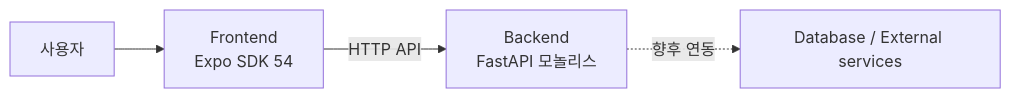
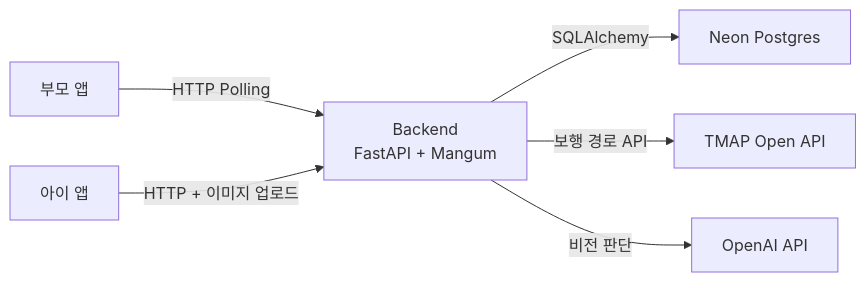
The first of 2 diagrams in docs/architecture.md (kimjiwoo2/Codex-Hackathon), drawn with Mermaid before and after one commit. The commit also changed other lines of this file and 5 other files, not shown here.

````diff
--- a/docs/architecture.md
+++ b/docs/architecture.md
@@ -8,6 +8,8 @@
 ```mermaid
 flowchart LR
-  U["사용자"] --> F["Frontend<br>Expo SDK 54"]
-  F -->|HTTP API| B["Backend<br>FastAPI 모놀리스"]
-  B -. "향후 연동" .-> E["Database / External services"]
+  P["부모 앱"] -->|HTTP Polling| B["Backend<br>FastAPI + Mangum"]
+  C["아이 앱"] -->|HTTP + 이미지 업로드| B
+  B -->|SQLAlchemy| D["Neon Postgres"]
+  B -->|보행 경로 API| T["TMAP Open API"]
+  B -->|비전 판단| O["OpenAI API"]
 ```
````
